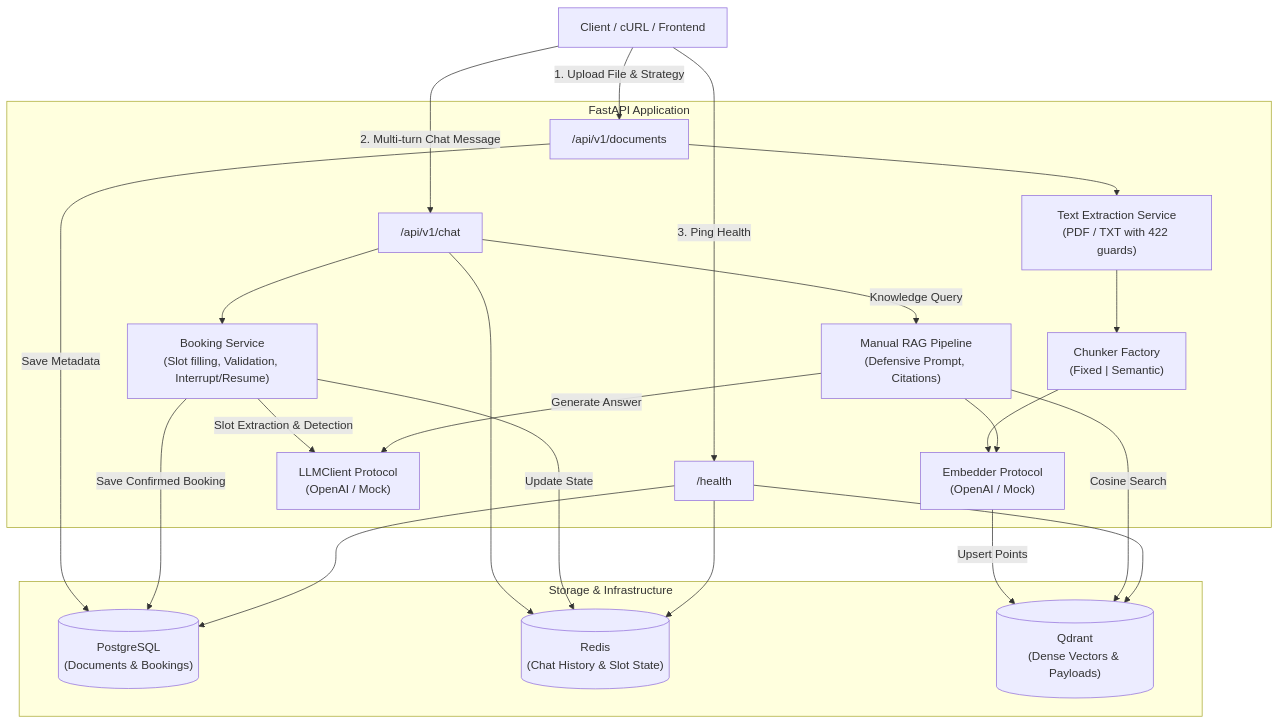
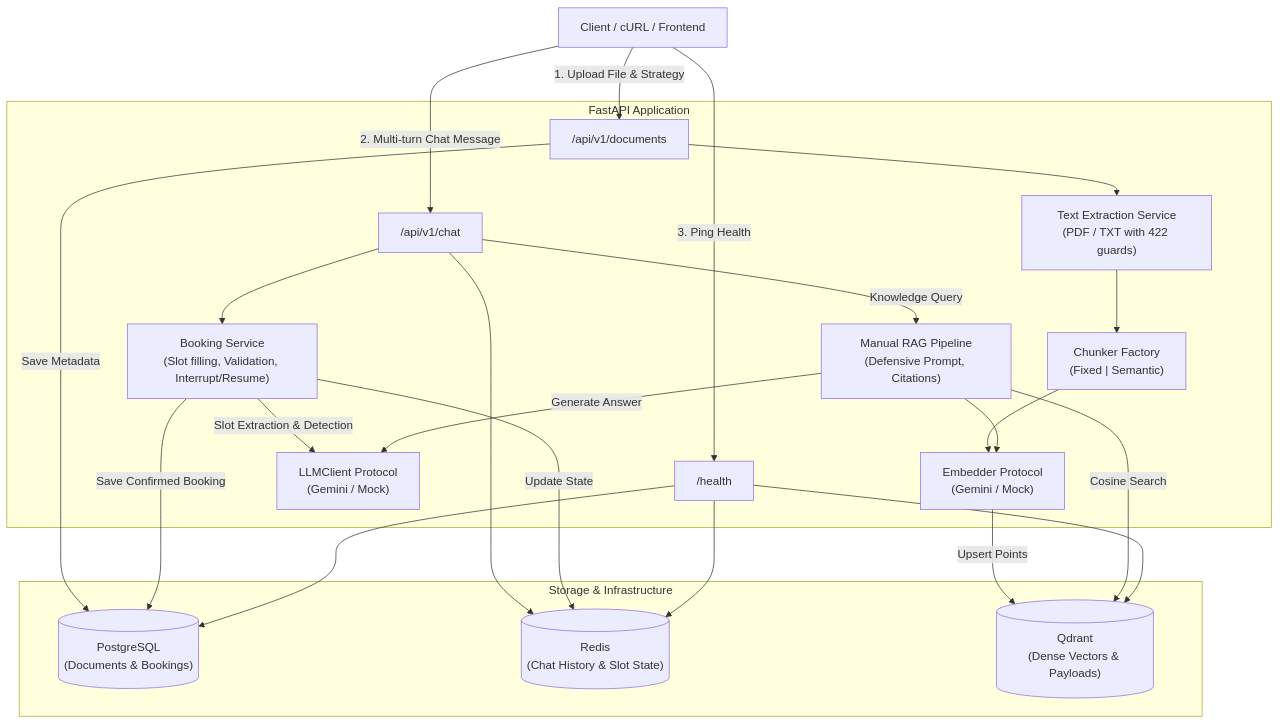
The diagram in README.md (Bishes-Maharjan/Palmind-RAG), drawn with Mermaid before and after one commit. The commit also changed other lines of this file and 8 other files, not shown here.

First line of the commit message:
Switch LLM/embeddings from OpenAI to Google Gemini 3.5 Flash Lite

````diff
--- a/README.md
+++ b/README.md
@@ -17,49 +17,49 @@
 ```mermaid
 flowchart TD
     Client["Client / cURL / Frontend"]
 
     subgraph API["FastAPI Application"]
         RouterDoc["/api/v1/documents"]
         RouterChat["/api/v1/chat"]
         RouterHealth["/health"]
 
         Extractor["Text Extraction Service\n(PDF / TXT with 422 guards)"]
         ChunkerFactory["Chunker Factory\n(Fixed | Semantic)"]
-        Embedder["Embedder Protocol\n(OpenAI / Mock)"]
-        LLM["LLMClient Protocol\n(OpenAI / Mock)"]
+        Embedder["Embedder Protocol\n(Gemini / Mock)"]
+        LLM["LLMClient Protocol\n(Gemini / Mock)"]
         BookingService["Booking Service\n(Slot filling, Validation, Interrupt/Resume)"]
         RAGService["Manual RAG Pipeline\n(Defensive Prompt, Citations)"]
     end
 
     subgraph Storage["Storage & Infrastructure"]
         PG[("PostgreSQL\n(Documents & Bookings)")]
         Redis[("Redis\n(Chat History & Slot State)")]
         Qdrant[("Qdrant\n(Dense Vectors & Payloads)")]
     end
 
     %% Ingestion flow
     Client -->|1. Upload File & Strategy| RouterDoc
     RouterDoc --> Extractor
     Extractor --> ChunkerFactory
     ChunkerFactory --> Embedder
     Embedder -->|Upsert Points| Qdrant
     RouterDoc -->|Save Metadata| PG
 
     %% Chat & Booking flow
     Client -->|2. Multi-turn Chat Message| RouterChat
     RouterChat --> Redis
     RouterChat --> BookingService
     BookingService -->|Slot Extraction & Detection| LLM
     BookingService -->|Update State| Redis
     BookingService -->|Save Confirmed Booking| PG
     RouterChat -->|Knowledge Query| RAGService
     RAGService --> Embedder
     RAGService -->|Cosine Search| Qdrant
     RAGService -->|Generate Answer| LLM
 
     %% Health check
     Client -->|3. Ping Health| RouterHealth
     RouterHealth --> PG
     RouterHealth --> Redis
     RouterHealth --> Qdrant
 ```
````
